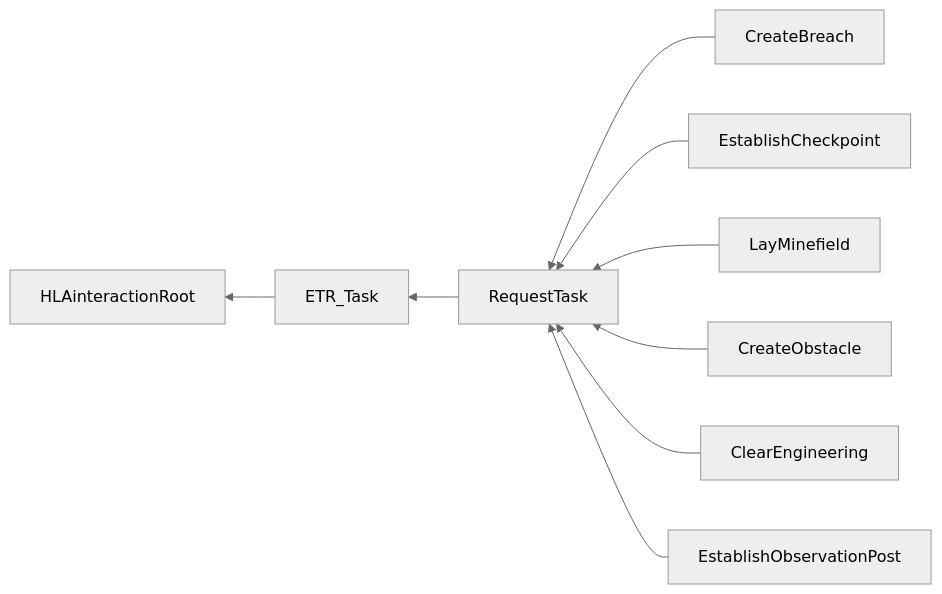
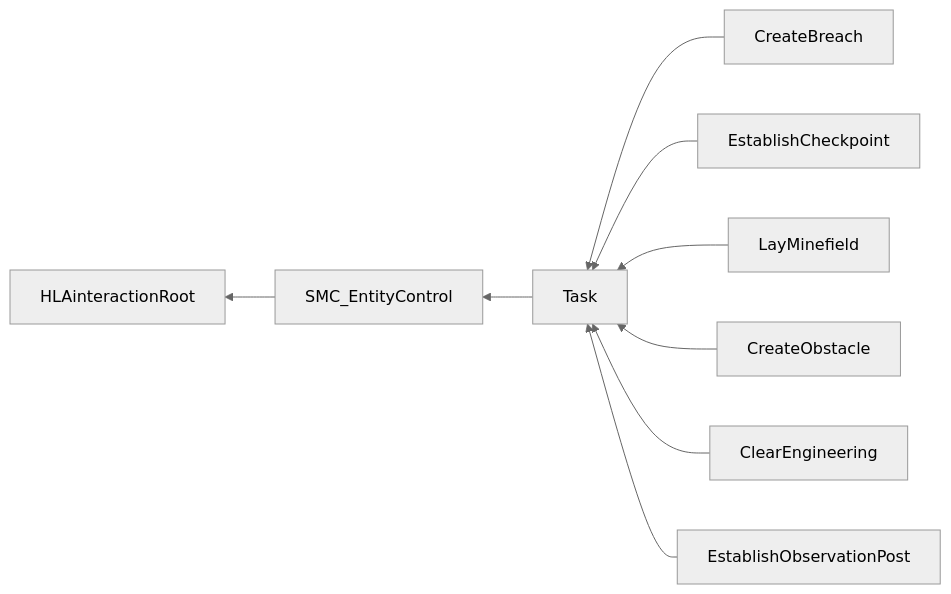
Before and after one commit to AMSP-04/NETN-SE: the second of 2 diagrams in NETN-SE.md, drawn with Mermaid (neutral theme). The commit also changed other lines of this file and 3 other files, not shown here.

````diff
--- a/NETN-SE.md
+++ b/NETN-SE.md
@@ -76,11 +86,11 @@
 ```mermaid
 graph RL
-ETR_Task-->HLAinteractionRoot
-RequestTask-->ETR_Task
-CreateBreach-->RequestTask
-EstablishCheckpoint-->RequestTask
-LayMinefield-->RequestTask
-CreateObstacle-->RequestTask
-ClearEngineering-->RequestTask
-EstablishObservationPost-->RequestTask
+SMC_EntityControl-->HLAinteractionRoot
+Task-->SMC_EntityControl
+CreateBreach-->Task
+EstablishCheckpoint-->Task
+LayMinefield-->Task
+CreateObstacle-->Task
+ClearEngineering-->Task
+EstablishObservationPost-->Task
 ```
````
